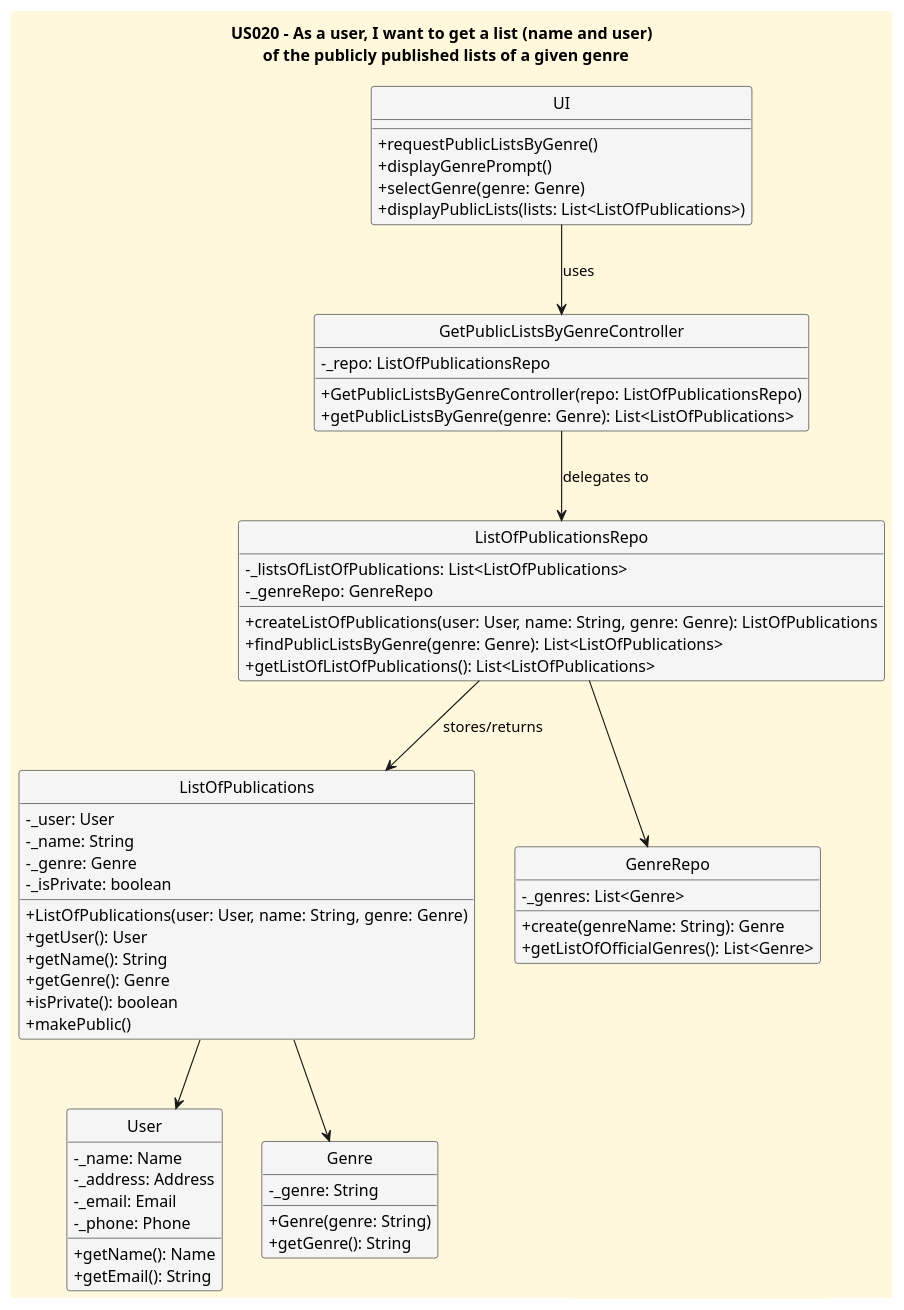
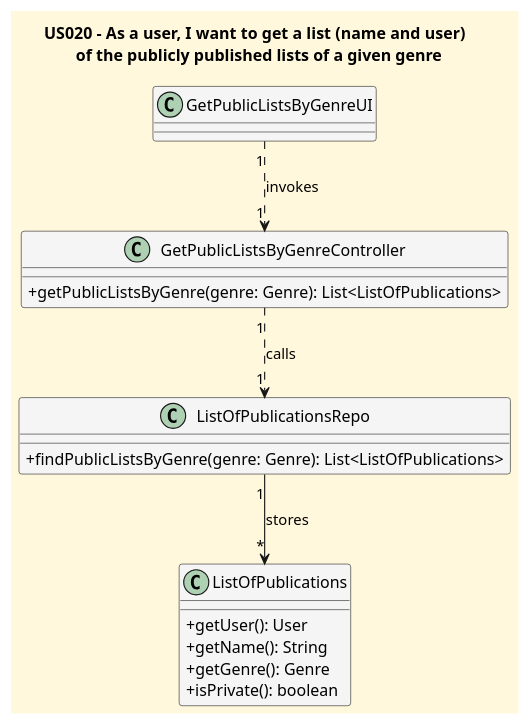
Before and after one commit to CarolinaLeite-collab/JavaMarketplacePlatform: the diagram in docs/userStories/US020/US020_get_a_list_given_genres_CD.puml, drawn with PlantUML. The commit also changed 1 other file, not shown here.

Commit message:
Update SD and CD diagrams for US020, closes #254

```diff
--- a/docs/userStories/US020/US020_get_a_list_given_genres_CD.puml
+++ b/docs/userStories/US020/US020_get_a_list_given_genres_CD.puml
@@ -1,73 +1,35 @@
 @startuml
 title US020 - As a user, I want to get a list (name and user) \n of the publicly published lists of a given genre
 
 skinparam defaultFontName Futura
 skinparam backgroundColor CornSilk
 skinparam classBackgroundColor WhiteSmoke
 skinparam classAttributeIconSize 0
-hide circle
 
-class UI {
-  +requestPublicListsByGenre()
-  +displayGenrePrompt()
-  +selectGenre(genre: Genre)
-  +displayPublicLists(lists: List<ListOfPublications>)
+
+class GetPublicListsByGenreUI {
 }
 
 class GetPublicListsByGenreController {
-  -_repo: ListOfPublicationsRepo
-  +GetPublicListsByGenreController(repo: ListOfPublicationsRepo)
+
   +getPublicListsByGenre(genre: Genre): List<ListOfPublications>
 }
 
 class ListOfPublicationsRepo {
-  -_listsOfListOfPublications: List<ListOfPublications>
-  -_genreRepo: GenreRepo
-  +createListOfPublications(user: User, name: String, genre: Genre): ListOfPublications
   +findPublicListsByGenre(genre: Genre): List<ListOfPublications>
-  +getListOfListOfPublications(): List<ListOfPublications>
 }
 
 class ListOfPublications {
-  -_user: User
-  -_name: String
-  -_genre: Genre
-  -_isPrivate: boolean
-
-  +ListOfPublications(user: User, name: String, genre: Genre)
   +getUser(): User
   +getName(): String
   +getGenre(): Genre
   +isPrivate(): boolean
-  +makePublic()
 }
 
-class User {
-  -_name: Name
-  -_address: Address
-  -_email: Email
-  -_phone: Phone
-  +getName(): Name
-  +getEmail(): String
-}
 
-class Genre {
-  -_genre: String
-  +Genre(genre: String)
-  +getGenre(): String
-}
+GetPublicListsByGenreUI "1"..> "1" GetPublicListsByGenreController : invokes
+GetPublicListsByGenreController "1" ..> "1" ListOfPublicationsRepo : calls
+ListOfPublicationsRepo "1"--> "*"ListOfPublications : stores
 
-class GenreRepo {
-  -_genres: List<Genre>
-  +create(genreName: String): Genre
-  +getListOfOfficialGenres(): List<Genre>
-}
-
-UI --> GetPublicListsByGenreController : uses
-GetPublicListsByGenreController --> ListOfPublicationsRepo : delegates to
-ListOfPublicationsRepo --> ListOfPublications : stores/returns
-ListOfPublications --> User
-ListOfPublications --> Genre
-ListOfPublicationsRepo --> GenreRepo
 
 @enduml
```
